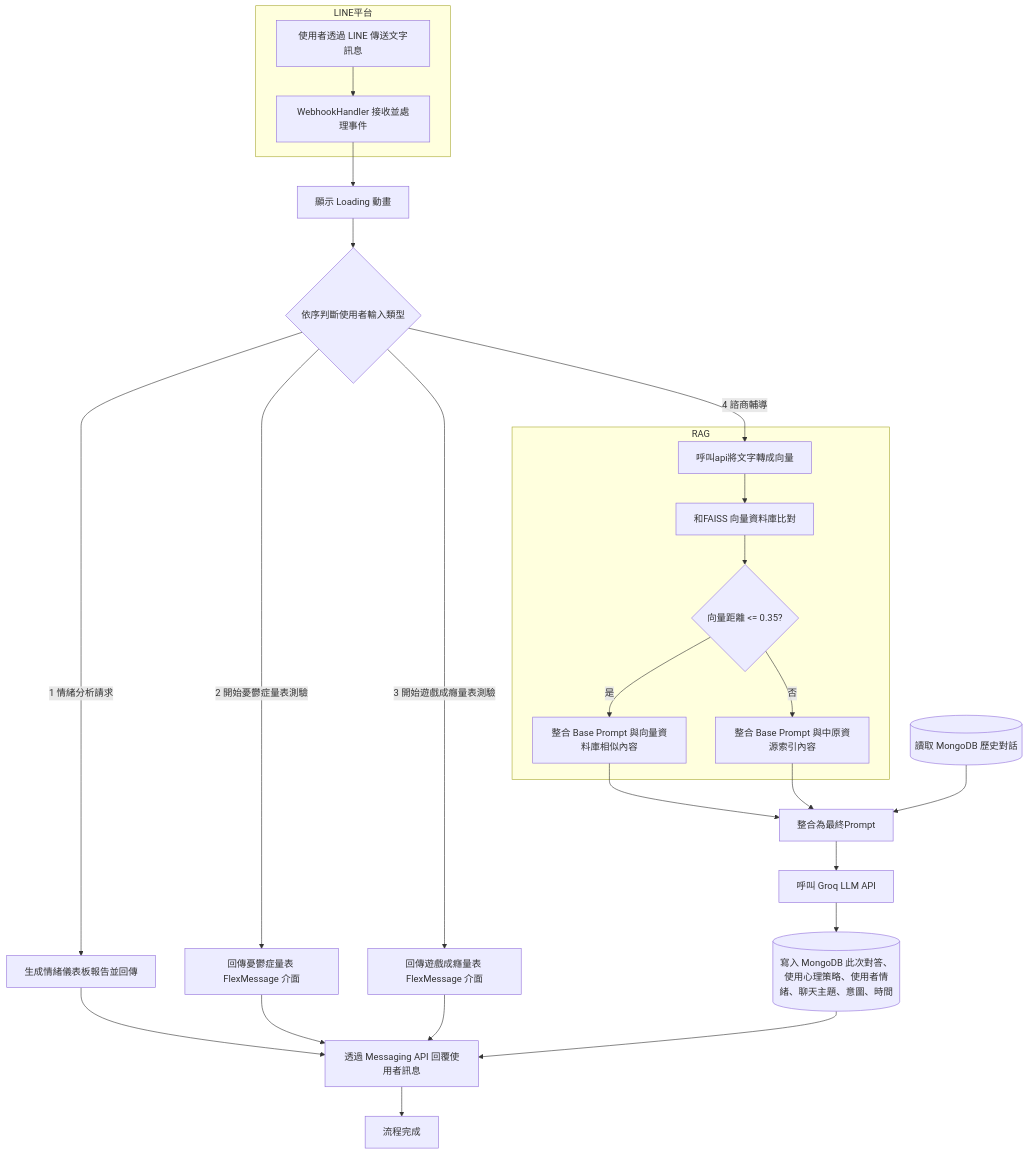
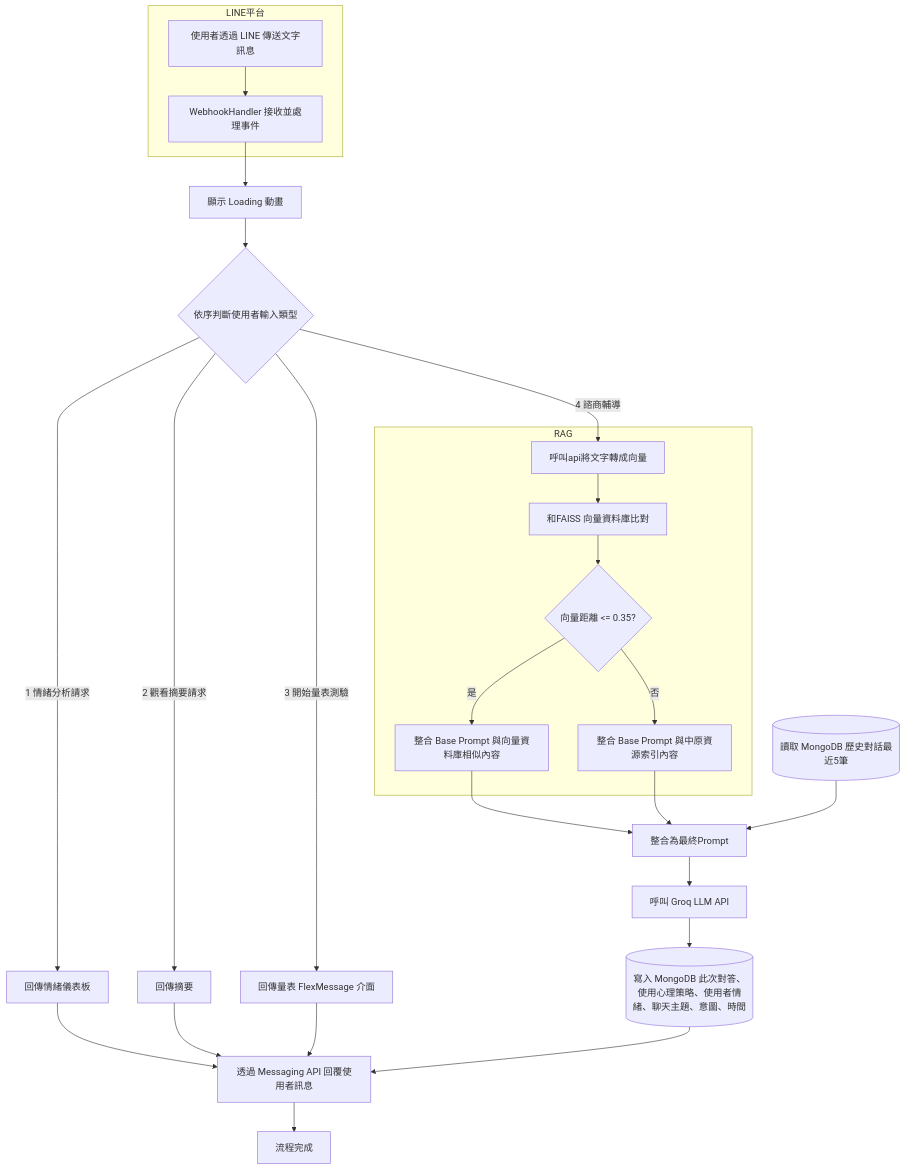
One commit to aurorajojo/line_app changed the diagram in README.md. Above: the diagram before and after it, drawn with Mermaid. The commit also changed 2 other files, not shown here.

````diff
--- a/README.md
+++ b/README.md
@@ -12,45 +12,45 @@
 ```mermaid
 flowchart TD
     subgraph LINE平台
         A[使用者透過 LINE 傳送文字訊息] --> B[WebhookHandler 接收並處理事件]
     end
 
     B --> C[顯示 Loading 動畫]
 
     C --> D{依序判斷使用者輸入類型}
 
-    D -->|1 情緒分析請求| E[生成情緒儀表板報告並回傳]
+    D -->|1 情緒分析請求| E[回傳情緒儀表板]
     E --> O1
 
-    D -->|2 開始憂鬱症量表測驗| F[回傳憂鬱症量表 FlexMessage 介面]
+    D -->|2 觀看摘要請求| F[回傳摘要]
     F --> O1
 
-    D -->|3 開始遊戲成癮量表測驗| G[回傳遊戲成癮量表 FlexMessage 介面]
+    D -->|3 開始量表測驗| G[回傳量表 FlexMessage 介面]
     G --> O1
 
     D -->|4 諮商輔導| I[呼叫api將文字轉成向量]
 
     subgraph RAG
         I --> V1[和FAISS 向量資料庫比對]
         V1 --> Q{向量距離 <= 0.35?}
         Q -->|是| J[整合 Base Prompt 與向量資料庫相似內容]
         Q -->|否| R[整合 Base Prompt 與中原資源索引內容]
     end
 
     
     J --> X[整合為最終Prompt]
     R --> X
     MDB_Read --> X
 
     X --> L[呼叫 Groq LLM API]
-    MDB_Read[( 讀取 MongoDB 歷史對話)]
+    MDB_Read[( 讀取 MongoDB 歷史對話最近5筆)]
     MDB_Write[( 寫入 MongoDB 此次對答、使用心理策略、使用者情緒、聊天主題、意圖、時間)]
 
 
     L --> MDB_Write
         
     
     MDB_Write --> O1
     O1[透過 Messaging API 回覆使用者訊息] --> Z[流程完成]
 
 ```
````
